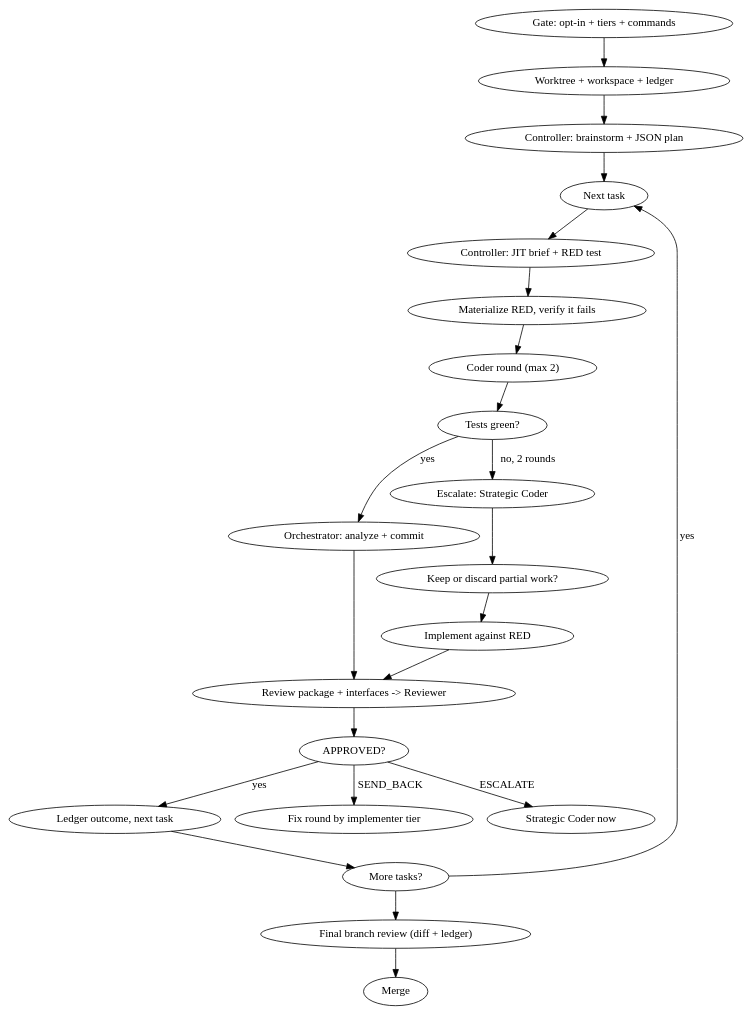
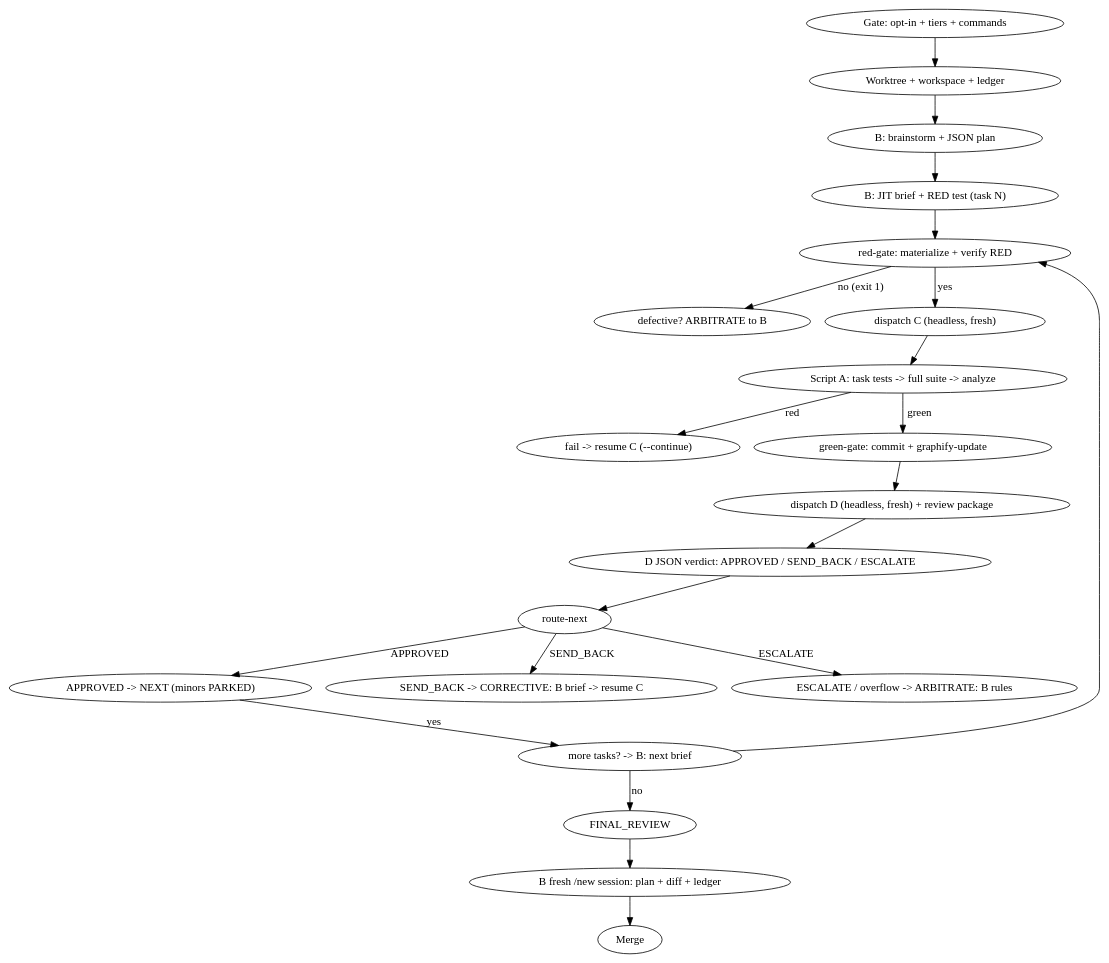
Before and after one commit to CarlosMonteiroNeto/superpowers-two-model-pipeline: the diagram in skills/two-model-sdd-pipeline/SKILL.md, drawn with Graphviz. The commit also changed other lines of this file and 3 other files, not shown here.

Commit message:
docs(skills): script-autonomous pipeline loop, roles, ledger, invariants

````diff
--- a/skills/two-model-sdd-pipeline/SKILL.md
+++ b/skills/two-model-sdd-pipeline/SKILL.md
@@ -222,26 +218,25 @@
 ```dot
 digraph pipeline {
     rankdir=TB;
     "Gate: opt-in + tiers + commands" -> "Worktree + workspace + ledger";
-    "Worktree + workspace + ledger" -> "Controller: brainstorm + JSON plan";
-    "Controller: brainstorm + JSON plan" -> "Next task";
-    "Next task" -> "Controller: JIT brief + RED test";
-    "Controller: JIT brief + RED test" -> "Materialize RED, verify it fails";
-    "Materialize RED, verify it fails" -> "Coder round (max 2)";
-    "Coder round (max 2)" -> "Tests green?";
-    "Tests green?" -> "Orchestrator: analyze + commit" [label="yes"];
-    "Tests green?" -> "Escalate: Strategic Coder" [label="no, 2 rounds"];
-    "Escalate: Strategic Coder" -> "Keep or discard partial work?";
-    "Keep or discard partial work?" -> "Implement against RED";
-    "Implement against RED" -> "Review package + interfaces -> Reviewer";
-    "Orchestrator: analyze + commit" -> "Review package + interfaces -> Reviewer";
-    "Review package + interfaces -> Reviewer" -> "APPROVED?";
-    "APPROVED?" -> "Ledger outcome, next task" [label="yes"];
-    "APPROVED?" -> "Fix round by implementer tier" [label="SEND_BACK"];
-    "APPROVED?" -> "Strategic Coder now" [label="ESCALATE"];
-    "Ledger outcome, next task" -> "More tasks?";
-    "More tasks?" -> "Next task" [label="yes"];
-    "More tasks?" -> "Final branch review (diff + ledger)";
-    "Final branch review (diff + ledger)" -> "Merge";
+    "Worktree + workspace + ledger" -> "B: brainstorm + JSON plan";
+    "B: brainstorm + JSON plan" -> "B: JIT brief + RED test (task N)";
+    "B: JIT brief + RED test (task N)" -> "red-gate: materialize + verify RED";
+    "red-gate: materialize + verify RED" -> "defective? ARBITRATE to B" [label="no (exit 1)"];
+    "red-gate: materialize + verify RED" -> "dispatch C (headless, fresh)" [label="yes"];
+    "dispatch C (headless, fresh)" -> "Script A: task tests -> full suite -> analyze";
+    "Script A: task tests -> full suite -> analyze" -> "fail -> resume C (--continue)" [label="red"];
+    "Script A: task tests -> full suite -> analyze" -> "green-gate: commit + graphify-update" [label="green"];
+    "green-gate: commit + graphify-update" -> "dispatch D (headless, fresh) + review package";
+    "dispatch D (headless, fresh) + review package" -> "D JSON verdict: APPROVED / SEND_BACK / ESCALATE";
+    "D JSON verdict: APPROVED / SEND_BACK / ESCALATE" -> "route-next";
+    "route-next" -> "APPROVED -> NEXT (minors PARKED)" [label="APPROVED"];
+    "route-next" -> "SEND_BACK -> CORRECTIVE: B brief -> resume C" [label="SEND_BACK"];
+    "route-next" -> "ESCALATE / overflow -> ARBITRATE: B rules" [label="ESCALATE"];
+    "APPROVED -> NEXT (minors PARKED)" -> "more tasks? -> B: next brief" [label="yes"];
+    "more tasks? -> B: next brief" -> "red-gate: materialize + verify RED";
+    "more tasks? -> B: next brief" -> "FINAL_REVIEW" [label="no"];
+    "FINAL_REVIEW" -> "B fresh /new session: plan + diff + ledger";
+    "B fresh /new session: plan + diff + ledger" -> "Merge";
 }
 ```
````
